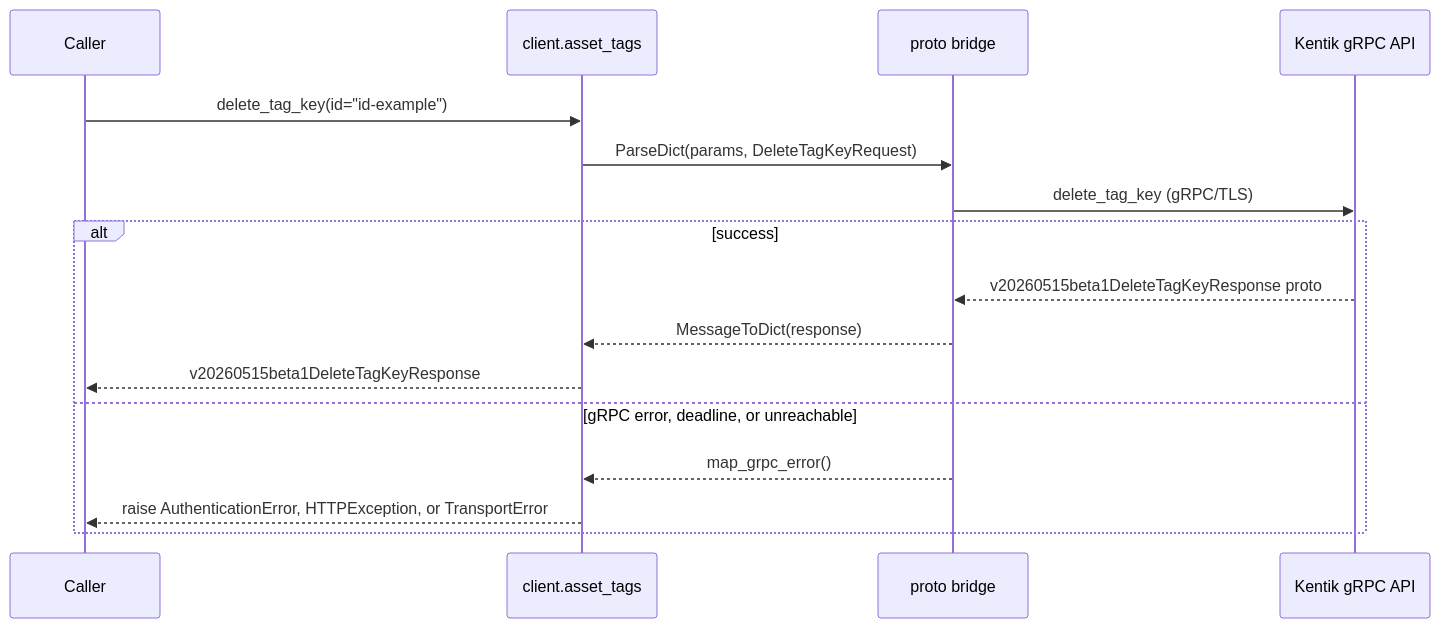
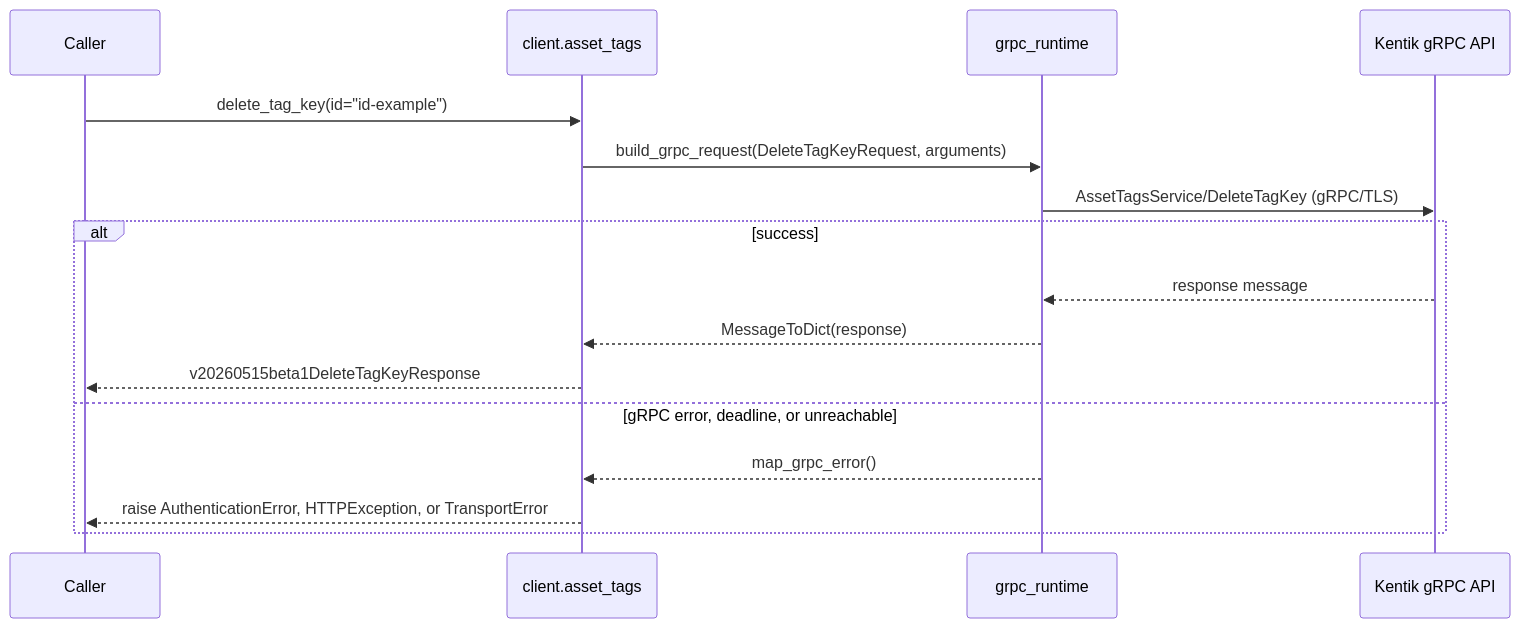
Diagram 13 of 20 in docs/sphinx/services/asset_tags.md (alexdearaujo/community_sdk_python), drawn with Mermaid before and after one commit. The commit also changed other lines of this file and 37 other files, not shown here.

First line of the commit message:
docs: show the real RPC in each service page's gRPC diagram

````diff
--- a/docs/sphinx/services/asset_tags.md
+++ b/docs/sphinx/services/asset_tags.md
@@ -435,19 +435,19 @@
 ```mermaid
 sequenceDiagram
     participant C as Caller
     participant W as client.asset_tags
-    participant B as proto bridge
+    participant R as grpc_runtime
     participant API as Kentik gRPC API
 
     C->>W: delete_tag_key(id="id-example")
-    W->>B: ParseDict(params, DeleteTagKeyRequest)
-    B->>API: delete_tag_key (gRPC/TLS)
+    W->>R: build_grpc_request(DeleteTagKeyRequest, arguments)
+    R->>API: AssetTagsService/DeleteTagKey (gRPC/TLS)
     alt success
-        API-->>B: v20260515beta1DeleteTagKeyResponse proto
-        B-->>W: MessageToDict(response)
+        API-->>R: response message
+        R-->>W: MessageToDict(response)
         W-->>C: v20260515beta1DeleteTagKeyResponse
     else gRPC error, deadline, or unreachable
-        B-->>W: map_grpc_error()
+        R-->>W: map_grpc_error()
         W-->>C: raise AuthenticationError, HTTPException, or TransportError
     end
 ```
````
